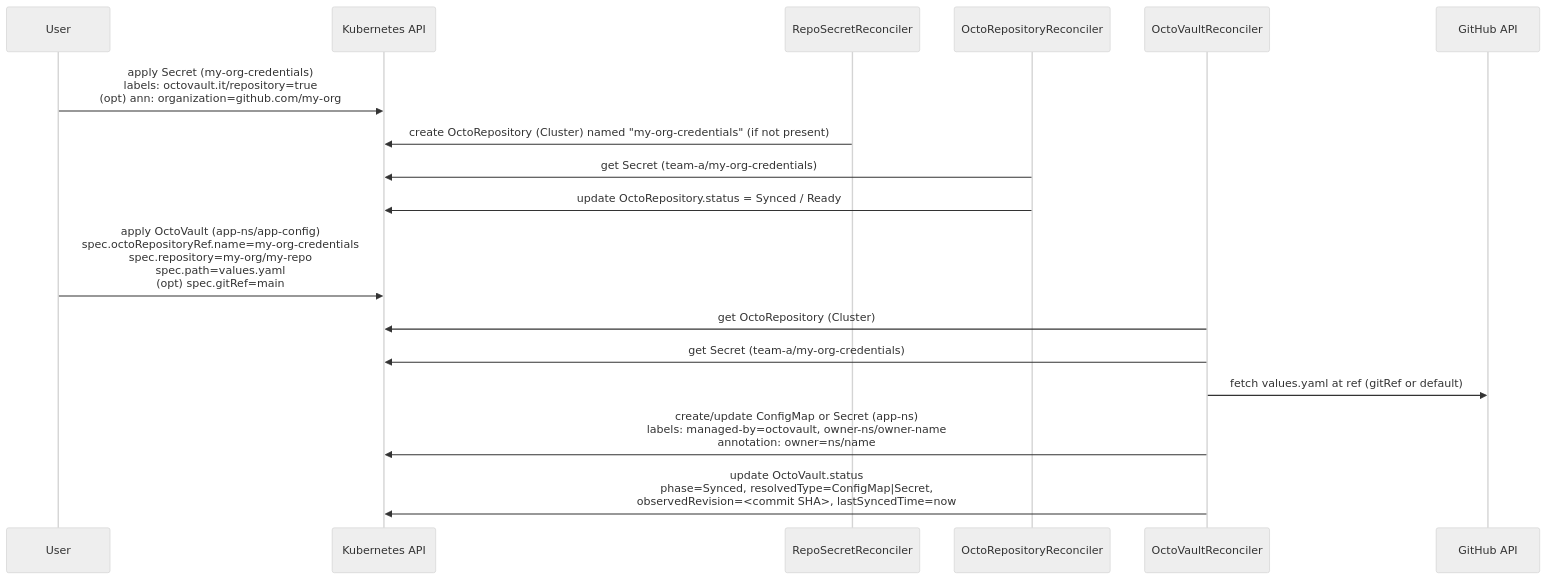
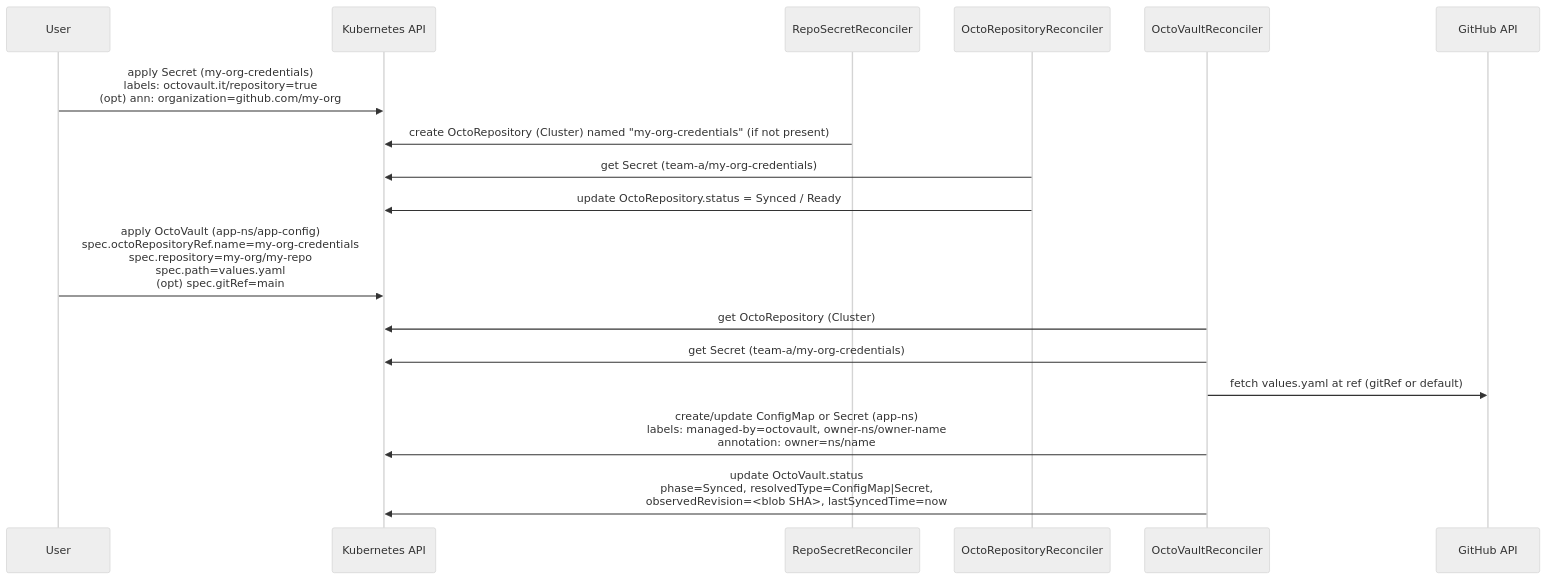
The second of 2 diagrams in README.md (OctoVault/octovault), drawn with Mermaid (neutral theme) before and after one commit. The commit also changed other lines of this file and 25 other files, not shown here.

````diff
--- a/README.md
+++ b/README.md
@@ -56,23 +61,23 @@
 ```mermaid
 %% Reconciliation flow from create to applied output
 
 sequenceDiagram
   participant U as User
   participant API as Kubernetes API
   participant RS as RepoSecretReconciler
   participant ORC as OctoRepositoryReconciler
   participant OVC as OctoVaultReconciler
   participant GH as GitHub API
 
   U->>API: apply Secret (my-org-credentials)<br/>labels: octovault.it/repository=true<br/>(opt) ann: organization=github.com/my-org
   RS->>API: create OctoRepository (Cluster) named "my-org-credentials" (if not present)
   ORC->>API: get Secret (team-a/my-org-credentials)
   ORC->>API: update OctoRepository.status = Synced / Ready
 
   U->>API: apply OctoVault (app-ns/app-config)<br/>spec.octoRepositoryRef.name=my-org-credentials<br/>spec.repository=my-org/my-repo<br/>spec.path=values.yaml<br/>(opt) spec.gitRef=main
   OVC->>API: get OctoRepository (Cluster)
   OVC->>API: get Secret (team-a/my-org-credentials)
   OVC->>GH: fetch values.yaml at ref (gitRef or default)
   OVC->>API: create/update ConfigMap or Secret (app-ns)<br/>labels: managed-by=octovault, owner-ns/owner-name<br/>annotation: owner=ns/name
-  OVC->>API: update OctoVault.status<br/>phase=Synced, resolvedType=ConfigMap|Secret,<br/>observedRevision=<commit SHA>, lastSyncedTime=now
+  OVC->>API: update OctoVault.status<br/>phase=Synced, resolvedType=ConfigMap|Secret,<br/>observedRevision=<blob SHA>, lastSyncedTime=now
 ```
````
